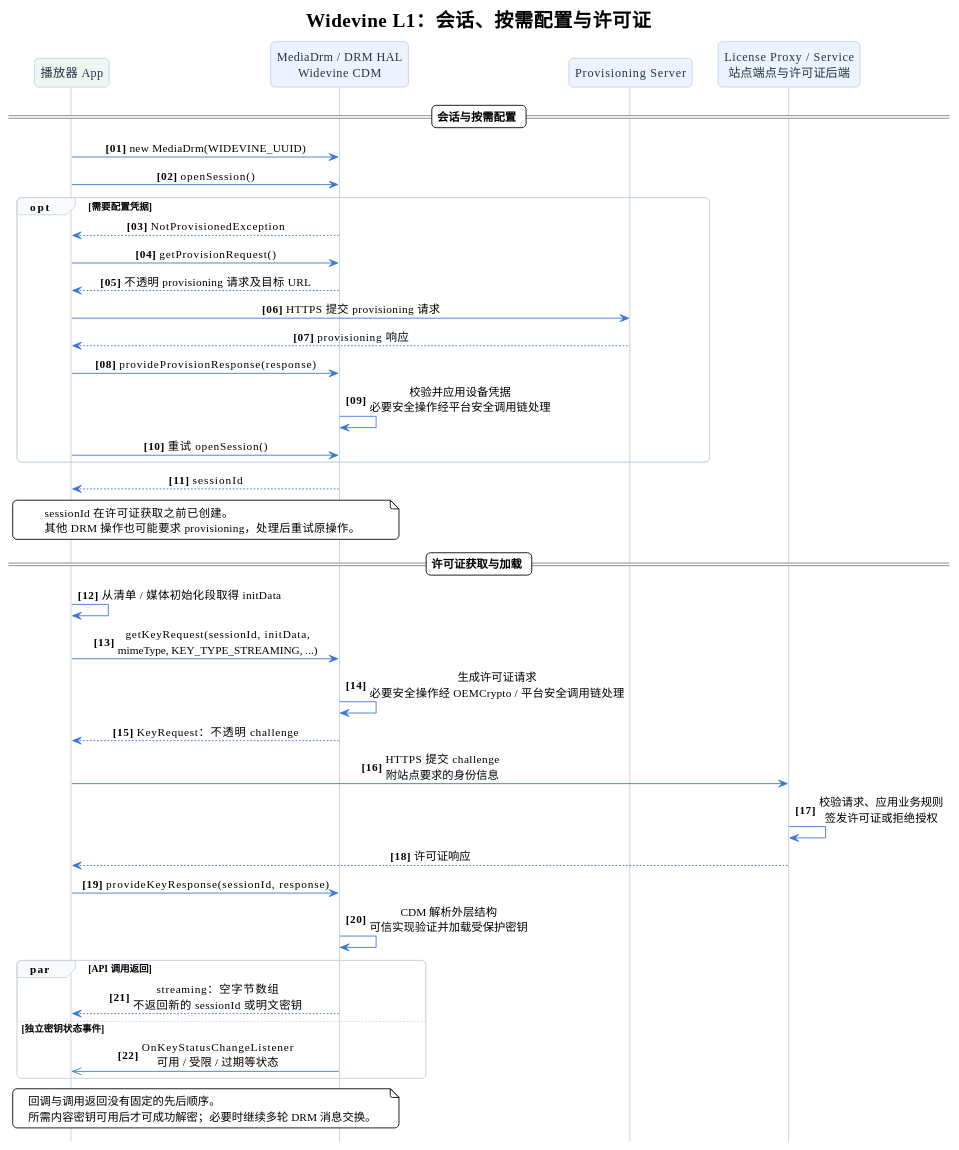
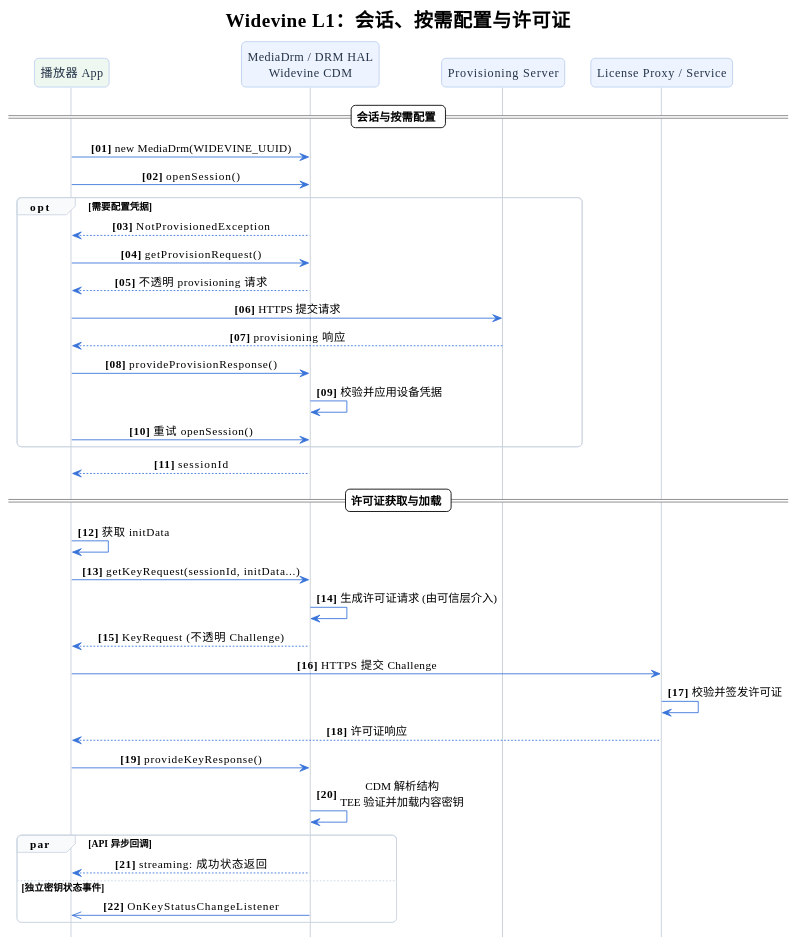
Before and after one commit to Ethen-Cao/ethenslab: the first of 2 diagrams in content/android-dev/media/android-drm.md, drawn with PlantUML. The commit also changed other lines of this file, not shown here.

Commit message:
docs: 重新组织 Android DRM 架构文档，优化结构与专业度

````diff
--- a/content/android-dev/media/android-drm.md
+++ b/content/android-dev/media/android-drm.md
@@ -120,67 +92,59 @@
 ```plantuml
 @startuml
 !theme plain
 hide footbox
 autonumber "<b>[00]"
 skinparam backgroundColor #FFFFFF
 skinparam shadowing false
 skinparam roundcorner 10
 skinparam sequenceMessageAlign center
 skinparam sequence {
   ArrowColor #3974D9
   LifeLineBorderColor #C5CDD8
   ParticipantBorderColor #BDD0EE
   ParticipantBackgroundColor #EDF4FF
   ParticipantFontColor #243348
   GroupBorderColor #CBD5E1
   GroupBackgroundColor #F8FAFC
   NoteBackgroundColor #FFF8E7
   NoteBorderColor #E5CB86
 }
 title Widevine L1：会话、按需配置与许可证
 
 participant "播放器 App" as App #EEF7F0
 participant "MediaDrm / DRM HAL\nWidevine CDM" as DRM
 participant "Provisioning Server" as Prov
-participant "License Proxy / Service\n站点端点与许可证后端" as Lic
+participant "License Proxy / Service" as Lic
 
 == 会话与按需配置 ==
 App -> DRM: new MediaDrm(WIDEVINE_UUID)
 App -> DRM: openSession()
 opt 需要配置凭据
   DRM --> App: NotProvisionedException
   App -> DRM: getProvisionRequest()
-  DRM --> App: 不透明 provisioning 请求及目标 URL
-  App -> Prov: HTTPS 提交 provisioning 请求
+  DRM --> App: 不透明 provisioning 请求
+  App -> Prov: HTTPS 提交请求
   Prov --> App: provisioning 响应
-  App -> DRM: provideProvisionResponse(response)
-  DRM -> DRM: 校验并应用设备凭据\n必要安全操作经平台安全调用链处理
+  App -> DRM: provideProvisionResponse()
+  DRM -> DRM: 校验并应用设备凭据
   App -> DRM: 重试 openSession()
 end
 DRM --> App: sessionId
-note over App, DRM
-sessionId 在许可证获取之前已创建。
-其他 DRM 操作也可能要求 provisioning，处理后重试原操作。
-end note
 
 == 许可证获取与加载 ==
-App -> App: 从清单 / 媒体初始化段取得 initData
-App -> DRM: getKeyRequest(sessionId, initData,\nmimeType, KEY_TYPE_STREAMING, ...)
-DRM -> DRM: 生成许可证请求\n必要安全操作经 OEMCrypto / 平台安全调用链处理
-DRM --> App: KeyRequest：不透明 challenge
-App -> Lic: HTTPS 提交 challenge\n附站点要求的身份信息
-Lic -> Lic: 校验请求、应用业务规则\n签发许可证或拒绝授权
+App -> App: 获取 initData
+App -> DRM: getKeyRequest(sessionId, initData...)
+DRM -> DRM: 生成许可证请求 (由可信层介入)
+DRM --> App: KeyRequest (不透明 Challenge)
+App -> Lic: HTTPS 提交 Challenge
+Lic -> Lic: 校验并签发许可证
 Lic --> App: 许可证响应
-App -> DRM: provideKeyResponse(sessionId, response)
-DRM -> DRM: CDM 解析外层结构\n可信实现验证并加载受保护密钥
-par API 调用返回
-  DRM --> App: streaming：空字节数组\n不返回新的 sessionId 或明文密钥
+App -> DRM: provideKeyResponse()
+DRM -> DRM: CDM 解析结构\nTEE 验证并加载内容密钥
+par API 异步回调
+  DRM --> App: streaming: 成功状态返回
 else 独立密钥状态事件
-  DRM ->> App: OnKeyStatusChangeListener\n可用 / 受限 / 过期等状态
+  DRM ->> App: OnKeyStatusChangeListener
 end
-note over App, DRM
-回调与调用返回没有固定的先后顺序。
-所需内容密钥可用后才可成功解密；必要时继续多轮 DRM 消息交换。
-end note
 @enduml
 ```
````
